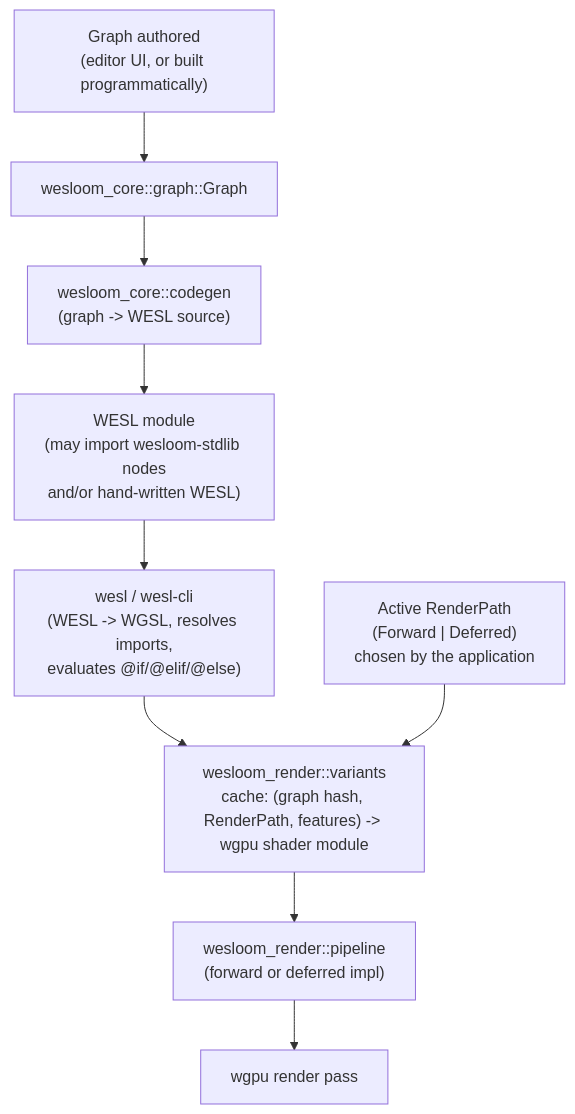
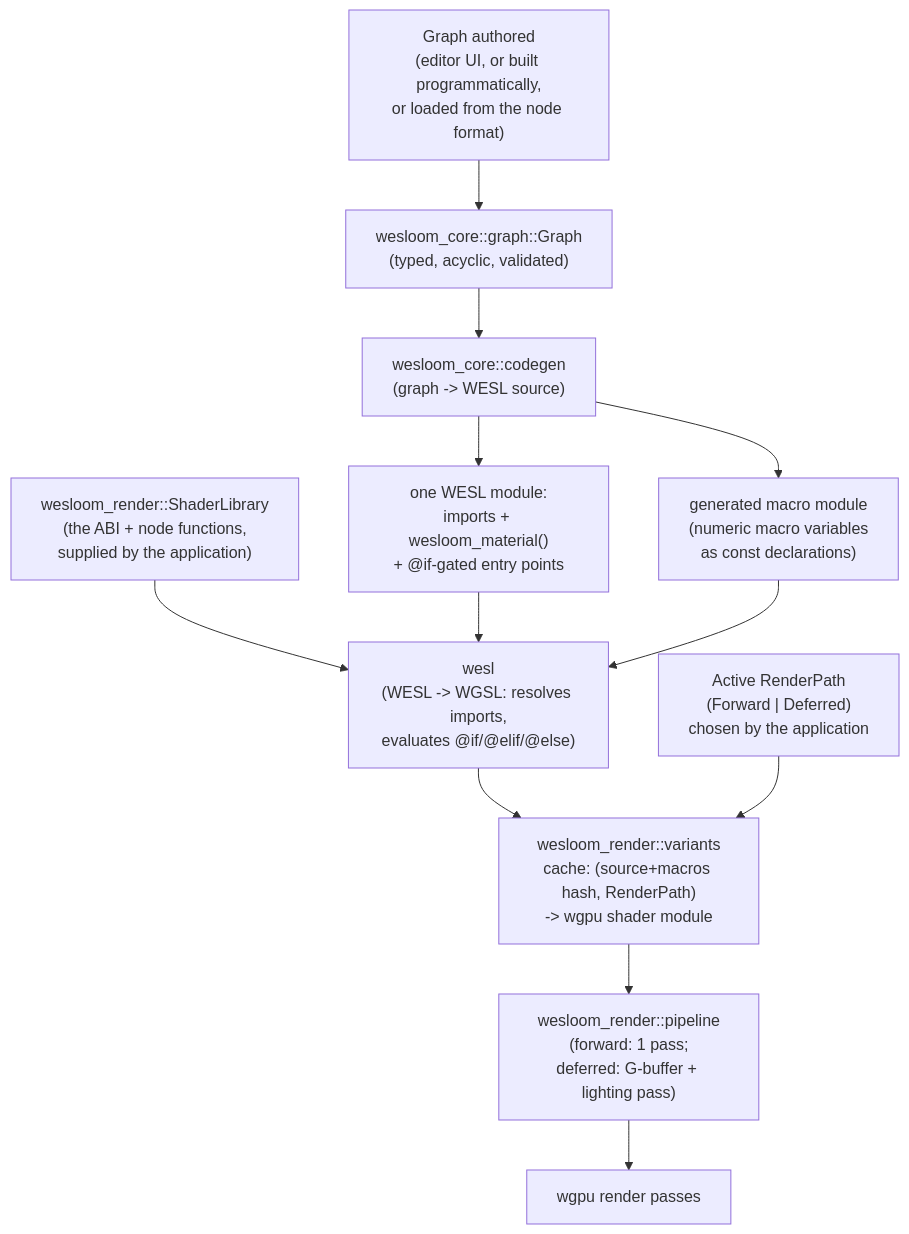
The second of 2 diagrams in docs/architecture.md (lapiequichante/wesloom), drawn with Mermaid before and after one commit. The commit also changed other lines of this file and 82 other files, not shown here.

````diff
--- a/docs/architecture.md
+++ b/docs/architecture.md
@@ -58,11 +83,14 @@
 ```mermaid
 graph TD
-    author["Graph authored<br/>(editor UI, or built programmatically)"] --> model
-    model["wesloom_core::graph::Graph"] --> codegen["wesloom_core::codegen<br/>(graph -> WESL source)"]
-    codegen --> weslsrc["WESL module<br/>(may import wesloom-stdlib nodes<br/>and/or hand-written WESL)"]
-    weslsrc --> compiler["wesl / wesl-cli<br/>(WESL -> WGSL, resolves imports,<br/>evaluates @if/@elif/@else)"]
-    compiler --> variants["wesloom_render::variants<br/>cache: (graph hash, RenderPath, features) -> wgpu shader module"]
+    author["Graph authored<br/>(editor UI, or built programmatically,<br/>or loaded from the node format)"] --> model
+    model["wesloom_core::graph::Graph<br/>(typed, acyclic, validated)"] --> codegen["wesloom_core::codegen<br/>(graph -> WESL source)"]
+    codegen --> weslsrc["one WESL module:<br/>imports + wesloom_material()<br/>+ @if-gated entry points"]
+    codegen --> macromod["generated macro module<br/>(numeric macro variables<br/>as const declarations)"]
+    library["wesloom_render::ShaderLibrary<br/>(the ABI + node functions,<br/>supplied by the application)"] --> compiler
+    weslsrc --> compiler["wesl<br/>(WESL -> WGSL: resolves imports,<br/>evaluates @if/@elif/@else)"]
+    macromod --> compiler
+    compiler --> variants["wesloom_render::variants<br/>cache: (source+macros hash, RenderPath)<br/>-> wgpu shader module"]
     path["Active RenderPath<br/>(Forward | Deferred)<br/>chosen by the application"] --> variants
-    variants --> pipeline["wesloom_render::pipeline<br/>(forward or deferred impl)"]
-    pipeline --> gpu["wgpu render pass"]
+    variants --> pipeline["wesloom_render::pipeline<br/>(forward: 1 pass;<br/>deferred: G-buffer + lighting pass)"]
+    pipeline --> gpu["wgpu render passes"]
 ```
````
